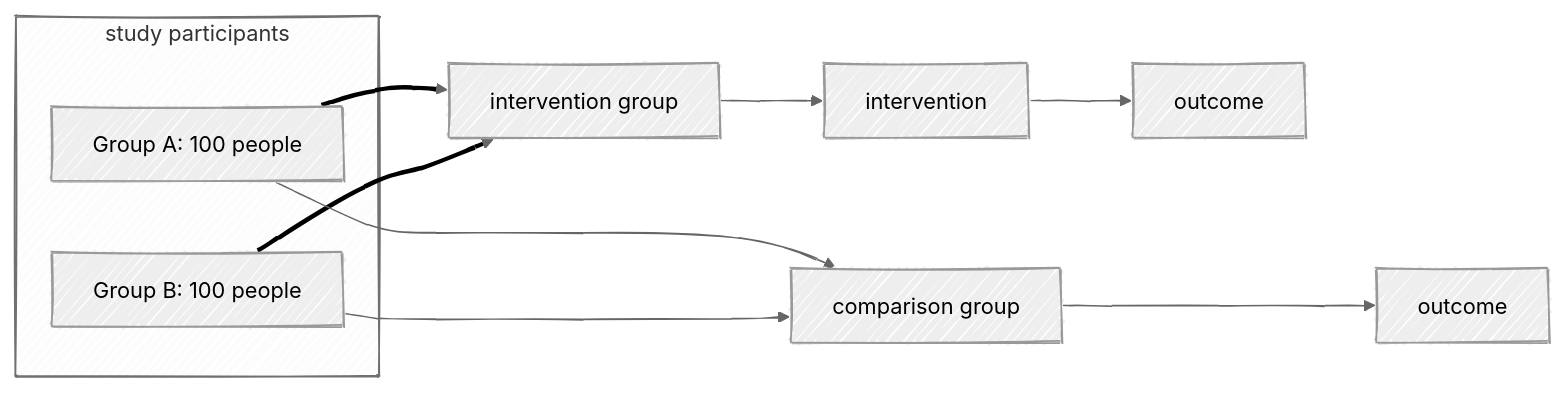
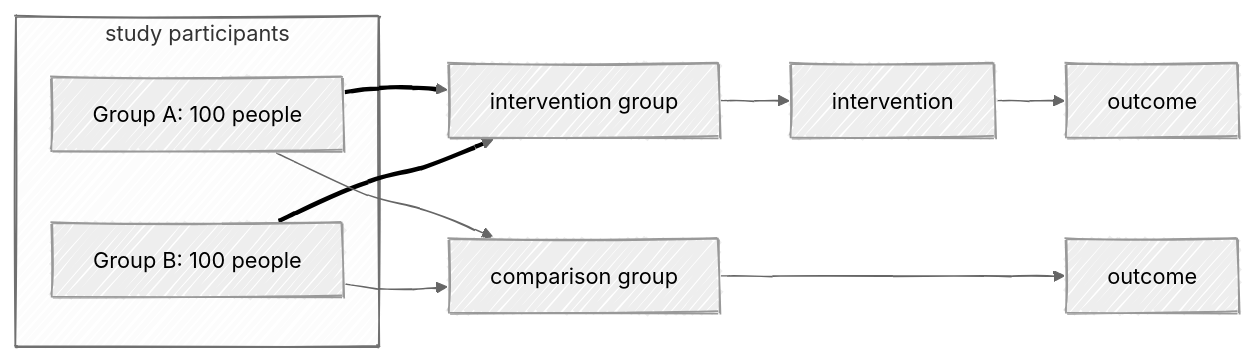
The third of 3 diagrams in multivariate/multivariate.md (agrogan1/closeread), drawn with Mermaid before and after one commit.

Commit message:
Fix formatting of arrows in multivariate.md

````diff
--- a/multivariate/multivariate.md
+++ b/multivariate/multivariate.md
@@ -57,34 +57,34 @@
 ```mermaid
 ---
 config:
   look: handDrawn
   theme: neutral
 ---
 
 flowchart LR
 
 subgraph study["study participants"]
 
   A["Group A: 100 people"]
 
   B["Group B: 100 people"]
 
   end
 
   A --> interventiongroup["intervention group"]
 
   B --> interventiongroup["intervention group"]
 
   interventiongroup["intervention group"] --> intervention
 
   intervention[intervention] --> outcome1[outcome]
 
-  A ---> comparisongroup
+  A --> comparisongroup
 
-  B ---> comparisongroup
+  B --> comparisongroup
 
   comparisongroup["comparison group"] ---> outcome0[outcome]
 
   linkStyle 0,1 stroke:#000000,stroke-width:3px,font-size:36px,color:black;
 
 ```
````
